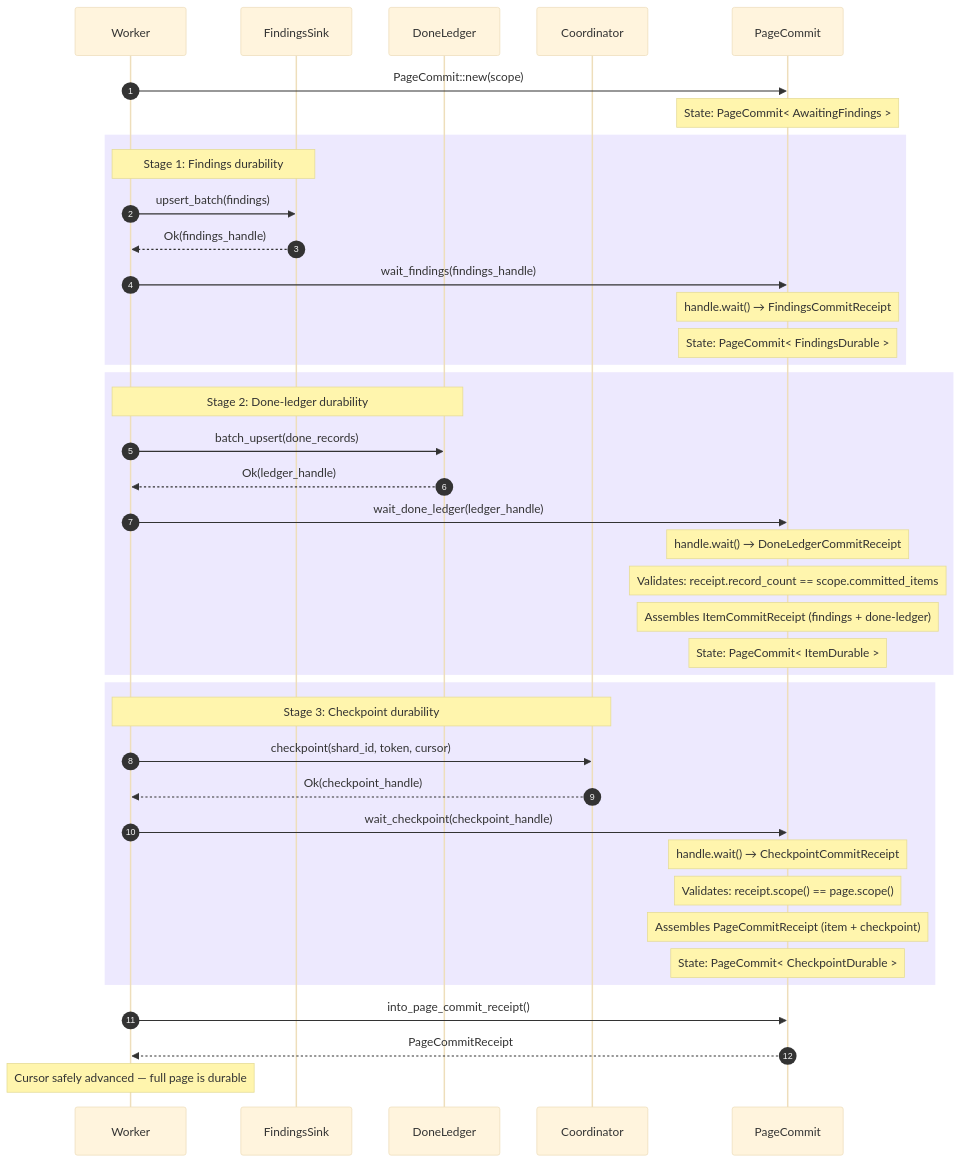
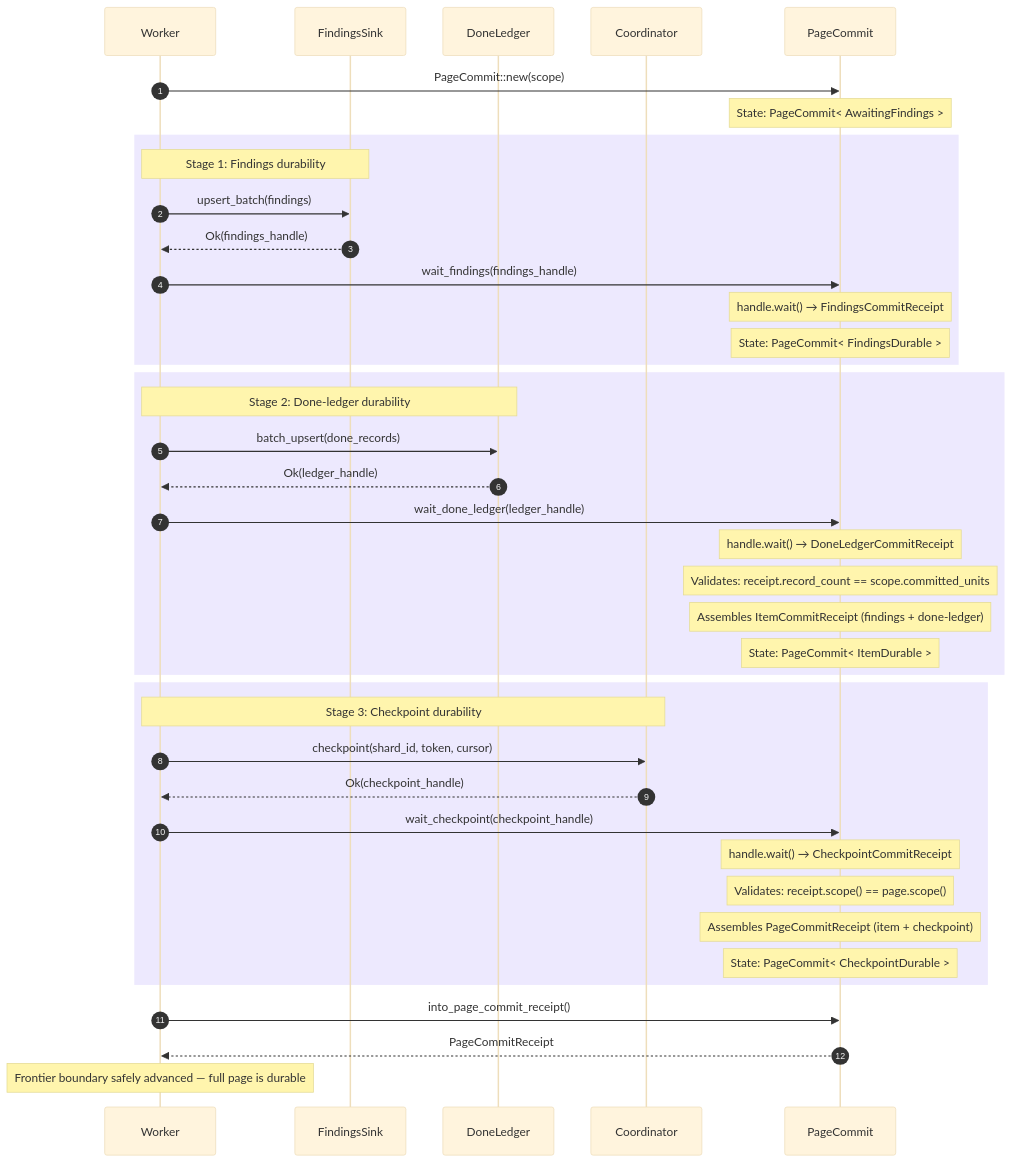
One commit to ahrav/Gossip-rs changed the fourth of 4 diagrams in diagrams/08-pagecommit-typestate.md. Above: the diagram before and after it, drawn with Mermaid (base theme). The commit also changed other lines of this file and 9 other files, not shown here.

First line of the commit message:
Refactor: Rename PageCommitScope to CommitScope

````diff
--- a/diagrams/08-pagecommit-typestate.md
+++ b/diagrams/08-pagecommit-typestate.md
@@ -360,48 +360,48 @@
 ```mermaid
 %% Diagram: full-commit-flow
 sequenceDiagram
     autonumber
     participant W as Worker
     participant FS as FindingsSink
     participant DL as DoneLedger
     participant CO as Coordinator
     participant PC as PageCommit
 
     W->>PC: PageCommit::new(scope)
     Note over PC: State: PageCommit< AwaitingFindings >
 
     rect rgb(237, 233, 254)
         Note over W,FS: Stage 1: Findings durability
         W->>FS: upsert_batch(findings)
         FS-->>W: Ok(findings_handle)
         W->>PC: wait_findings(findings_handle)
         Note over PC: handle.wait() → FindingsCommitReceipt
         Note over PC: State: PageCommit< FindingsDurable >
     end
 
     rect rgb(237, 233, 254)
         Note over W,DL: Stage 2: Done-ledger durability
         W->>DL: batch_upsert(done_records)
         DL-->>W: Ok(ledger_handle)
         W->>PC: wait_done_ledger(ledger_handle)
         Note over PC: handle.wait() → DoneLedgerCommitReceipt
-        Note over PC: Validates: receipt.record_count == scope.committed_items
+        Note over PC: Validates: receipt.record_count == scope.committed_units
         Note over PC: Assembles ItemCommitReceipt (findings + done-ledger)
         Note over PC: State: PageCommit< ItemDurable >
     end
 
     rect rgb(237, 233, 254)
         Note over W,CO: Stage 3: Checkpoint durability
         W->>CO: checkpoint(shard_id, token, cursor)
         CO-->>W: Ok(checkpoint_handle)
         W->>PC: wait_checkpoint(checkpoint_handle)
         Note over PC: handle.wait() → CheckpointCommitReceipt
         Note over PC: Validates: receipt.scope() == page.scope()
         Note over PC: Assembles PageCommitReceipt (item + checkpoint)
         Note over PC: State: PageCommit< CheckpointDurable >
     end
 
     W->>PC: into_page_commit_receipt()
     PC-->>W: PageCommitReceipt
-    Note over W: Cursor safely advanced — full page is durable
+    Note over W: Frontier boundary safely advanced — full page is durable
 ```
````
